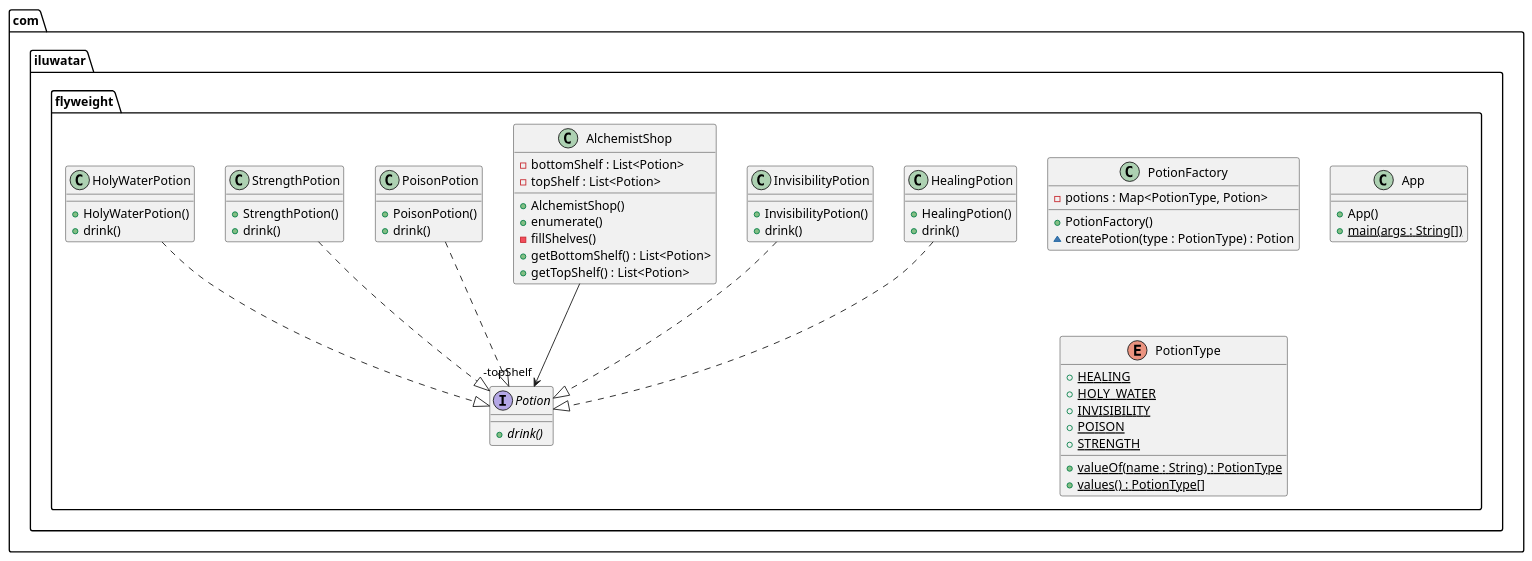
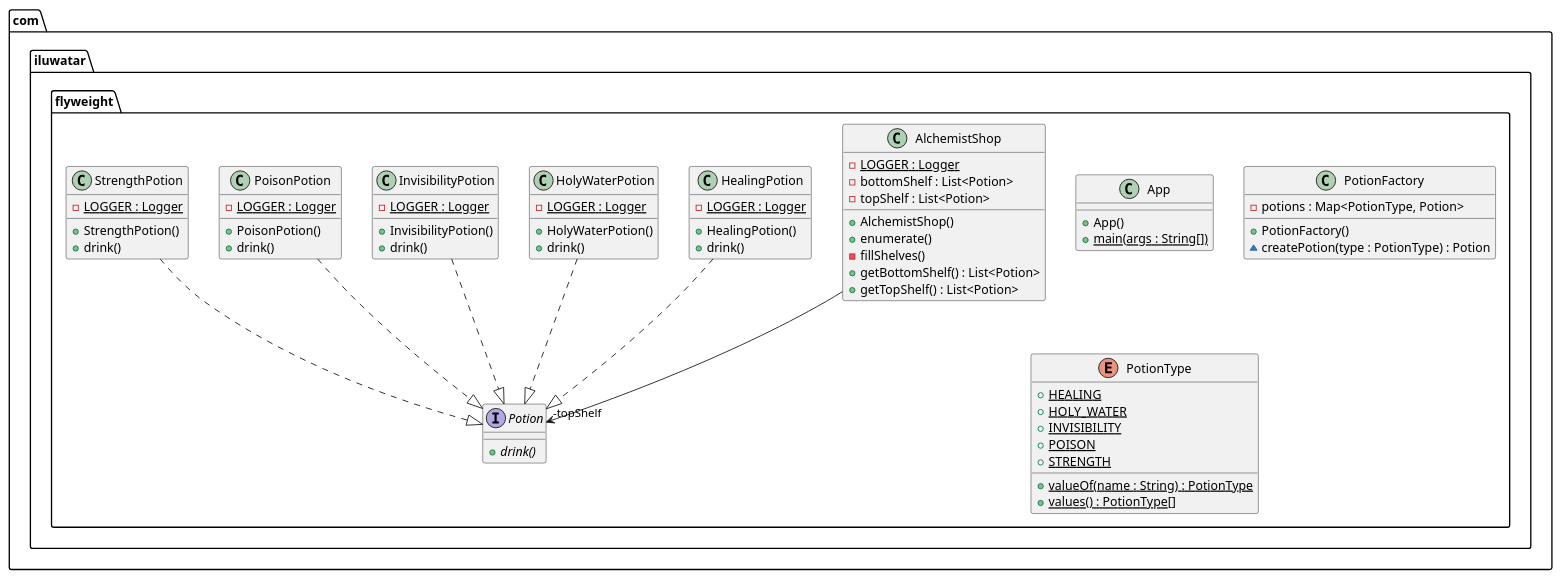
Before and after one commit to NatalieSty/java-design-patterns: the diagram in flyweight/etc/flyweight.urm.puml, drawn with PlantUML. The commit also changed 84 other files, not shown here.

```diff
--- a/flyweight/etc/flyweight.urm.puml
+++ b/flyweight/etc/flyweight.urm.puml
@@ -1,60 +1,66 @@
 @startuml
 package com.iluwatar.flyweight {
-  class PotionFactory {
-    - potions : Map<PotionType, Potion>
-    + PotionFactory()
-    ~ createPotion(type : PotionType) : Potion
-  }
-  class HealingPotion {
-    + HealingPotion()
-    + drink()
-  }
-  class InvisibilityPotion {
-    + InvisibilityPotion()
-    + drink()
-  }
   class AlchemistShop {
+    - LOGGER : Logger {static}
     - bottomShelf : List<Potion>
     - topShelf : List<Potion>
     + AlchemistShop()
     + enumerate()
     - fillShelves()
     + getBottomShelf() : List<Potion>
     + getTopShelf() : List<Potion>
   }
   class App {
     + App()
     + main(args : String[]) {static}
   }
+  class HealingPotion {
+    - LOGGER : Logger {static}
+    + HealingPotion()
+    + drink()
+  }
+  class HolyWaterPotion {
+    - LOGGER : Logger {static}
+    + HolyWaterPotion()
+    + drink()
+  }
+  class InvisibilityPotion {
+    - LOGGER : Logger {static}
+    + InvisibilityPotion()
+    + drink()
+  }
+  class PoisonPotion {
+    - LOGGER : Logger {static}
+    + PoisonPotion()
+    + drink()
+  }
   interface Potion {
     + drink() {abstract}
   }
-  class PoisonPotion {
-    + PoisonPotion()
-    + drink()
-  }
-  class StrengthPotion {
-    + StrengthPotion()
-    + drink()
-  }
-  class HolyWaterPotion {
-    + HolyWaterPotion()
-    + drink()
+  class PotionFactory {
+    - potions : Map<PotionType, Potion>
+    + PotionFactory()
+    ~ createPotion(type : PotionType) : Potion
   }
   enum PotionType {
     + HEALING {static}
     + HOLY_WATER {static}
     + INVISIBILITY {static}
     + POISON {static}
     + STRENGTH {static}
     + valueOf(name : String) : PotionType {static}
     + values() : PotionType[] {static}
   }
+  class StrengthPotion {
+    - LOGGER : Logger {static}
+    + StrengthPotion()
+    + drink()
+  }
 }
 AlchemistShop -->  "-topShelf" Potion
 HealingPotion ..|> Potion 
+HolyWaterPotion ..|> Potion 
 InvisibilityPotion ..|> Potion 
 PoisonPotion ..|> Potion 
 StrengthPotion ..|> Potion 
-HolyWaterPotion ..|> Potion 
 @enduml
```
